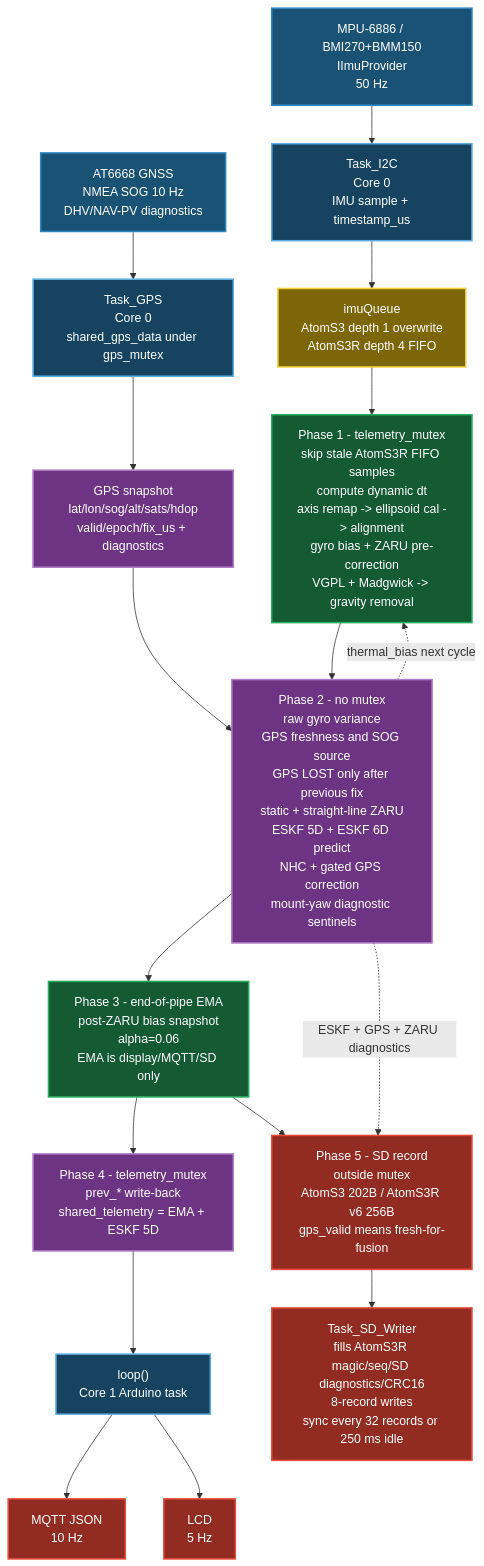
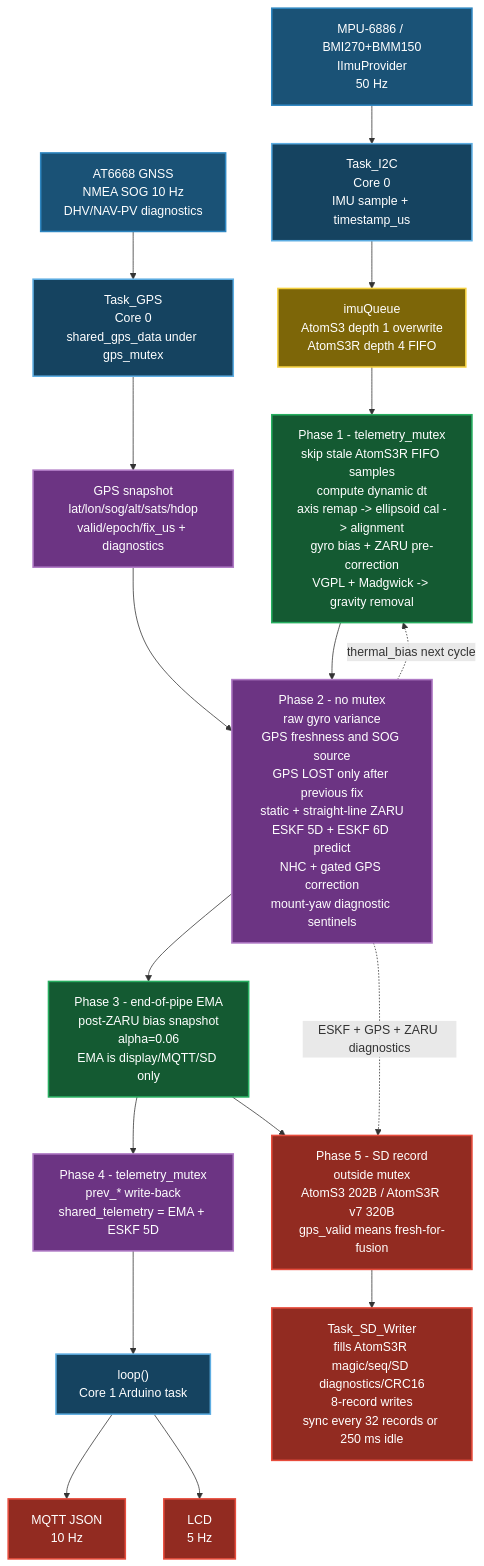
The diagram in README.md (Niccolo1305/esp32-motorsport-telemetry-rtos-eskf), drawn with Mermaid before and after one commit. The commit also changed other lines of this file and 9 other files, not shown here.

````diff
--- a/README.md
+++ b/README.md
@@ -366,36 +366,36 @@
 ```mermaid
 flowchart TD
     classDef hw fill:#1a5276,stroke:#2e86c1,color:#fff,stroke-width:2px
     classDef task fill:#154360,stroke:#5dade2,color:#fff,stroke-width:2px
     classDef queue fill:#7d6608,stroke:#f4d03f,color:#fff,stroke-width:2px
     classDef phase fill:#145a32,stroke:#27ae60,color:#fff,stroke-width:2px
     classDef ctrl fill:#6c3483,stroke:#af7ac5,color:#fff,stroke-width:2px
     classDef out fill:#922b21,stroke:#e74c3c,color:#fff,stroke-width:2px
 
     IMU["MPU-6886 / BMI270+BMM150\nIImuProvider\n50 Hz"]:::hw
     GPS["AT6668 GNSS\nNMEA SOG 10 Hz\nDHV/NAV-PV diagnostics"]:::hw
     I2C["Task_I2C\nCore 0\nIMU sample + timestamp_us"]:::task
     GPST["Task_GPS\nCore 0\nshared_gps_data under gps_mutex"]:::task
     IMUQ["imuQueue\nAtomS3 depth 1 overwrite\nAtomS3R depth 4 FIFO"]:::queue
     GPSSTATE["GPS snapshot\nlat/lon/sog/alt/sats/hdop\nvalid/epoch/fix_us + diagnostics"]:::ctrl
 
     P1["Phase 1 - telemetry_mutex\nskip stale AtomS3R FIFO samples\ncompute dynamic dt\naxis remap -> ellipsoid cal -> alignment\ngyro bias + ZARU pre-correction\nVGPL + Madgwick -> gravity removal"]:::phase
     P2["Phase 2 - no mutex\nraw gyro variance\nGPS freshness and SOG source\nGPS LOST only after previous fix\nstatic + straight-line ZARU\nESKF 5D + ESKF 6D predict\nNHC + gated GPS correction\nmount-yaw diagnostic sentinels"]:::ctrl
     P3["Phase 3 - end-of-pipe EMA\npost-ZARU bias snapshot\nalpha=0.06\nEMA is display/MQTT/SD only"]:::phase
     P4["Phase 4 - telemetry_mutex\nprev_* write-back\nshared_telemetry = EMA + ESKF 5D"]:::ctrl
-    P5["Phase 5 - SD record\noutside mutex\nAtomS3 202B / AtomS3R v6 256B\ngps_valid means fresh-for-fusion"]:::out
+    P5["Phase 5 - SD record\noutside mutex\nAtomS3 202B / AtomS3R v7 320B\ngps_valid means fresh-for-fusion"]:::out
     SDW["Task_SD_Writer\nfills AtomS3R magic/seq/SD diagnostics/CRC16\n8-record writes\nsync every 32 records or 250 ms idle"]:::out
     LOOP["loop()\nCore 1 Arduino task"]:::task
     MQTT["MQTT JSON\n10 Hz"]:::out
     DISP["LCD\n5 Hz"]:::out
 
     IMU --> I2C --> IMUQ --> P1
     GPS --> GPST --> GPSSTATE --> P2
     P1 --> P2 --> P3 --> P4 --> LOOP
     P3 --> P5
     P2 -.->|ESKF + GPS + ZARU diagnostics| P5
     P5 --> SDW
     P2 -.->|thermal_bias next cycle| P1
     LOOP --> MQTT
     LOOP --> DISP
 ```
````
